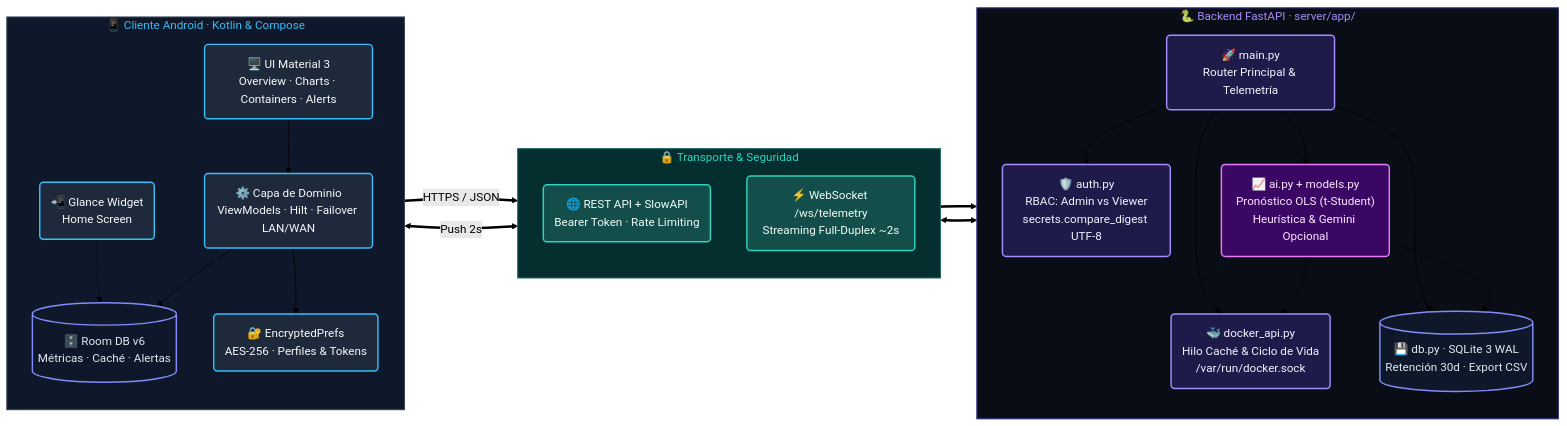
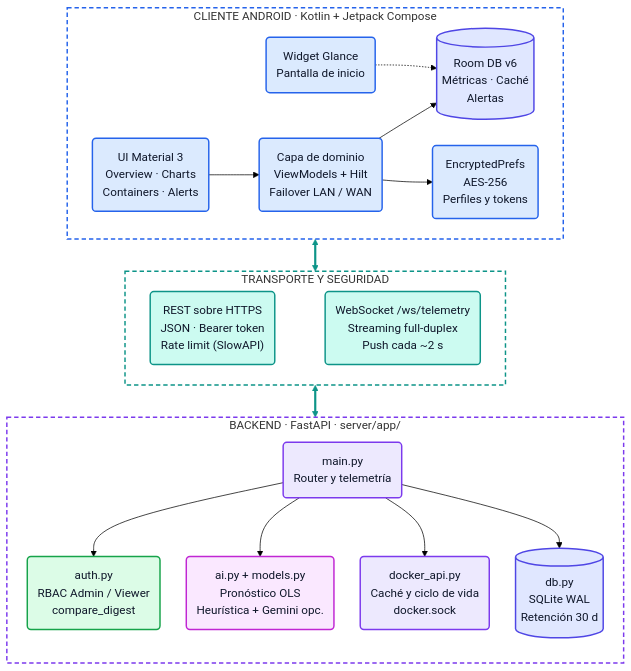
Before and after one commit to Rcarme/UdelaCiudad: the diagram in README.md, drawn with Mermaid (forest theme).

Commit message:
docs(readme): rediseñar diagrama de arquitectura Mermaid para que sea legible
- Etiquetas SVG sin emojis ni HTML: evita el texto cortado al renderizar en GitHub.
- Layout vertical en tres bloques (cliente, transporte, backend) en lugar de
  tres columnas con flechas cruzadas.
- Colores con buen contraste en tema claro y oscuro.

Claude-Session: https://claude.ai/code/session_01AxNiZZyLcpMVvAD8DY1AGw

````diff
--- a/README.md
+++ b/README.md
@@ -47,59 +47,60 @@
 ```mermaid
-flowchart LR
-    subgraph ANDROID ["📱 Cliente Android · Kotlin & Compose"]
-        direction TB
-        UI("🖥️ UI Material 3<br/>Overview · Charts · Containers · Alerts")
-        VM("⚙️ Capa de Dominio<br/>ViewModels · Hilt · Failover LAN/WAN")
-        ROOM[("🗄️ Room DB v6<br/>Métricas · Caché · Alertas")]
-        PREFS("🔐 EncryptedPrefs<br/>AES-256 · Perfiles & Tokens")
-        WIDGET("📲 Glance Widget<br/>Home Screen")
-
+%%{init: {"flowchart": {"htmlLabels": false, "curve": "basis", "nodeSpacing": 36, "rankSpacing": 44, "padding": 14}}}%%
+flowchart TB
+    subgraph ANDROID ["CLIENTE ANDROID  ·  Kotlin + Jetpack Compose"]
+        direction LR
+        UI("UI Material 3<br/>Overview · Charts<br/>Containers · Alerts")
+        VM("Capa de dominio<br/>ViewModels + Hilt<br/>Failover LAN / WAN")
+        ROOM[("Room DB v6<br/>Métricas · Caché<br/>Alertas")]
+        PREFS("EncryptedPrefs<br/>AES-256<br/>Perfiles y tokens")
+        WIDGET("Widget Glance<br/>Pantalla de inicio")
         UI --> VM
         VM --> ROOM
         VM --> PREFS
         WIDGET -.-> ROOM
     end
 
-    subgraph NET ["🔒 Transporte & Seguridad"]
-        direction TB
-        REST("🌐 REST API + SlowAPI<br/>Bearer Token · Rate Limiting")
-        WS("⚡ WebSocket /ws/telemetry<br/>Streaming Full-Duplex ~2s")
+    subgraph NET ["TRANSPORTE Y SEGURIDAD"]
+        direction LR
+        REST("REST sobre HTTPS<br/>JSON · Bearer token<br/>Rate limit (SlowAPI)")
+        WS("WebSocket /ws/telemetry<br/>Streaming full-duplex<br/>Push cada ~2 s")
+        REST ~~~ WS
     end
 
-    subgraph SERVER ["🐍 Backend FastAPI · server/app/"]
+    subgraph SERVER ["BACKEND  ·  FastAPI  ·  server/app/"]
         direction TB
-        MAIN("🚀 main.py<br/>Router Principal & Telemetría")
-        AUTH("🛡️ auth.py<br/>RBAC: Admin vs Viewer<br/>secrets.compare_digest UTF-8")
-        DOCKER("🐳 docker_api.py<br/>Hilo Caché & Ciclo de Vida<br/>/var/run/docker.sock")
-        AI("📈 ai.py + models.py<br/>Pronóstico OLS (t-Student)<br/>Heurística & Gemini Opcional")
-        DB[("💾 db.py · SQLite 3 WAL<br/>Retención 30d · Export CSV")]
-
+        MAIN("main.py<br/>Router y telemetría")
+        AUTH("auth.py<br/>RBAC Admin / Viewer<br/>compare_digest")
+        AI("ai.py + models.py<br/>Pronóstico OLS<br/>Heurística + Gemini opc.")
+        DOCKER("docker_api.py<br/>Caché y ciclo de vida<br/>docker.sock")
+        DB[("db.py<br/>SQLite WAL<br/>Retención 30 d")]
         MAIN --> AUTH
+        MAIN --> AI
         MAIN --> DOCKER
-        MAIN --> AI
         MAIN --> DB
-        AI -.-> DB
-        AI -.-> DOCKER
     end
 
-    VM ==>|HTTPS / JSON| REST
-    VM <==>|Push 2s| WS
-    REST ==> MAIN
-    WS <==> MAIN
+    ANDROID <==> NET
+    NET <==> SERVER
 
-    classDef client fill:#1e293b,stroke:#38bdf8,stroke-width:2px,color:#f8fafc
-    classDef storage fill:#0f172a,stroke:#818cf8,stroke-width:2px,color:#e2e8f0
-    classDef transport fill:#134e4a,stroke:#2dd4bf,stroke-width:2px,color:#f0fdfa
-    classDef backend fill:#1e1b4b,stroke:#a78bfa,stroke-width:2px,color:#f5f3ff
-    classDef aiNode fill:#3b0764,stroke:#e879f9,stroke-width:2px,color:#fae8ff
+    classDef client fill:#dbeafe,stroke:#2563eb,stroke-width:2px,color:#0f172a
+    classDef storage fill:#e0e7ff,stroke:#4f46e5,stroke-width:2px,color:#0f172a
+    classDef backend fill:#ede9fe,stroke:#7c3aed,stroke-width:2px,color:#0f172a
+    classDef secure fill:#dcfce7,stroke:#16a34a,stroke-width:2px,color:#0f172a
+    classDef aiNode fill:#fae8ff,stroke:#c026d3,stroke-width:2px,color:#0f172a
+    classDef transport fill:#ccfbf1,stroke:#0d9488,stroke-width:2px,color:#0f172a
 
     class UI,VM,PREFS,WIDGET client
     class ROOM,DB storage
+    class MAIN,DOCKER backend
+    class AUTH secure
+    class AI aiNode
     class REST,WS transport
-    class MAIN,AUTH,DOCKER backend
-    class AI aiNode
 
-    style ANDROID fill:#0f172a,stroke:#334155,stroke-width:1.5px,color:#38bdf8
-    style NET fill:#042f2e,stroke:#115e59,stroke-width:1.5px,color:#2dd4bf
-    style SERVER fill:#090d16,stroke:#312e81,stroke-width:1.5px,color:#a78bfa
+    style ANDROID fill:none,stroke:#2563eb,stroke-width:2px,stroke-dasharray:6 4,color:#3b82f6
+    style NET fill:none,stroke:#0d9488,stroke-width:2px,stroke-dasharray:6 4,color:#14b8a6
+    style SERVER fill:none,stroke:#7c3aed,stroke-width:2px,stroke-dasharray:6 4,color:#8b5cf6
+
+    linkStyle 9 stroke:#0d9488,stroke-width:3px
+    linkStyle 10 stroke:#0d9488,stroke-width:3px
 ```
````
